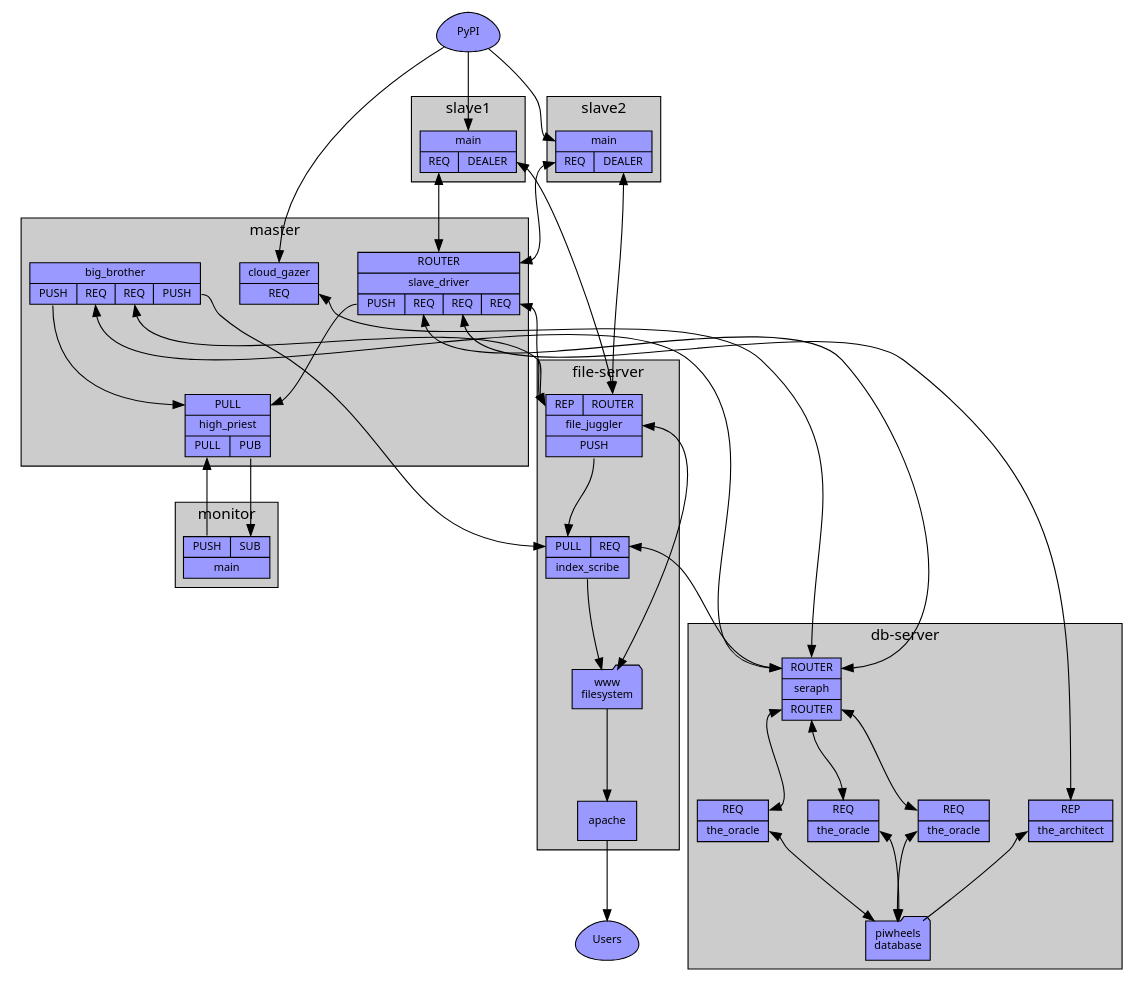
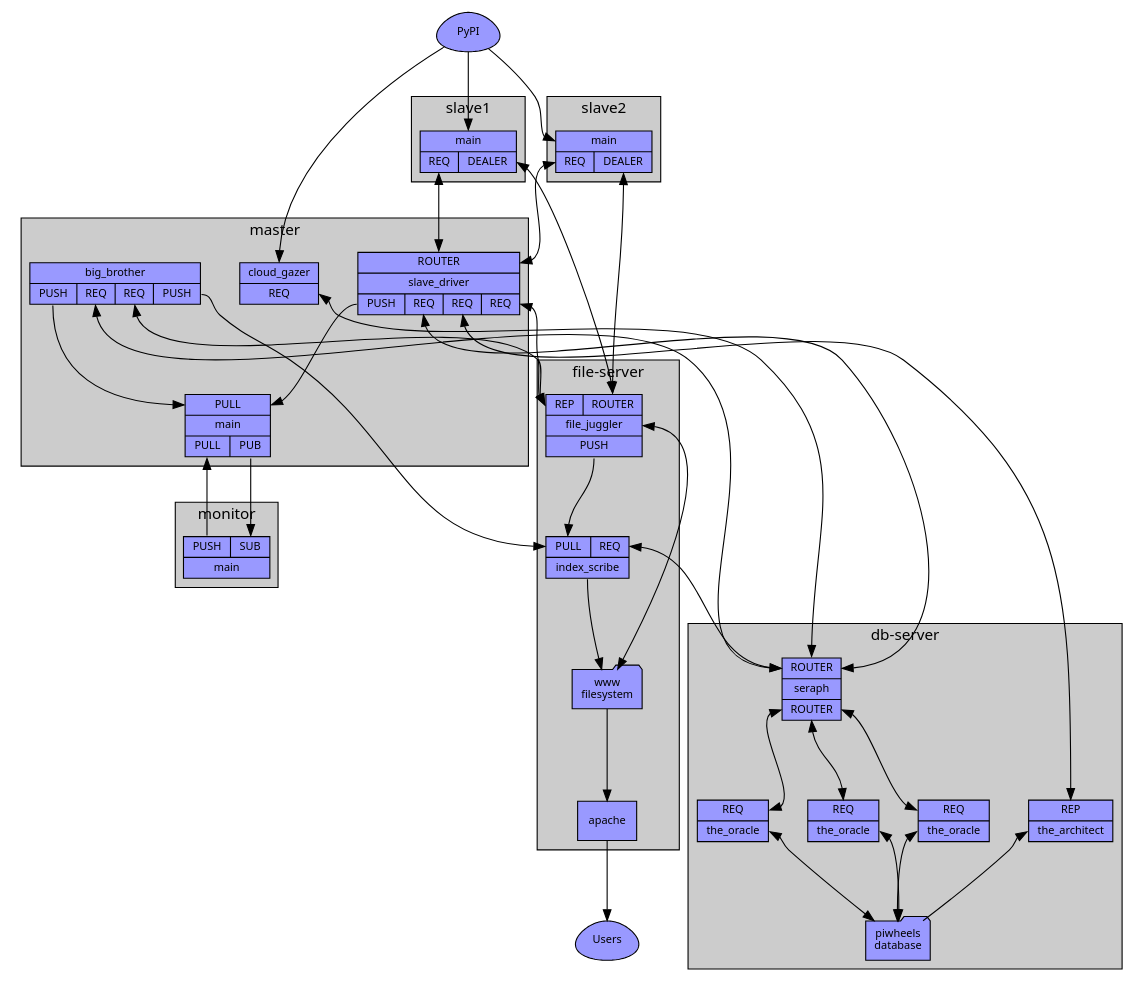
The diagram in docs/master_arch.dot (piwheels/piwheels), drawn with Graphviz before and after one commit. The commit also changed 10 other files, not shown here.

```diff
--- a/docs/master_arch.dot
+++ b/docs/master_arch.dot
@@ -1,88 +1,88 @@
 digraph piwheels {
     graph [nodesep=0.5, ranksep=1, style=filled, fontname=Sans, fontsize=14, fillcolor="#cccccc"];
     node [shape=record, fontname=Sans, fontsize=10, style=filled, fillcolor="#9999ff", penwidth=1];
     edge [fontname=Sans, fontsize=8];
 
     pypi [label="PyPI", shape=egg];
     users [label="Users", shape=egg];
 
     subgraph cluster_db_server {
         graph [label="db-server"];
 
         the_oracle1 [label="{<seraph>REQ|<t>the_oracle}"];
         the_oracle2 [label="{<seraph>REQ|<t>the_oracle}"];
         the_oracle3 [label="{<seraph>REQ|<t>the_oracle}"];
         the_architect [label="{<builds>REP|<t>the_architect}"];
         seraph [label="{<db>ROUTER|<t>seraph|<oracle>ROUTER}"];
         db [label="piwheels\ndatabase", shape=folder];
 
         seraph:oracle->the_oracle1:seraph [dir=both];
         seraph:oracle->the_oracle2:seraph [dir=both];
         seraph:oracle->the_oracle3:seraph [dir=both];
         the_oracle1:t->db [dir=both];
         the_oracle2:t->db [dir=both];
         the_oracle3:t->db [dir=both];
         the_architect:t->db [dir=back];
     }
 
     subgraph cluster_file_server {
         graph [label="file-server"];
 
         file_juggler [label="{{<fs>REP|<slaves>ROUTER}|<t>file_juggler|{<indexes>PUSH}}"];
         index_scribe [label="{{<indexes>PULL|<db>REQ}|<t>index_scribe}"];
         fs [label="www\nfilesystem", shape=folder];
         apache;
 
         index_scribe:t->fs;
         file_juggler:t->fs [dir=both];
         fs->apache;
     }
 
     subgraph cluster_master {
         graph [label="master"];
 
         cloud_gazer [label="{<t>cloud_gazer|<db>REQ}"];
-        high_priest [label="{{<int_status>PULL}|high_priest|{<control>PULL|<ext_status>PUB}}"];
+        main [label="{{<int_status>PULL}|main|{<control>PULL|<ext_status>PUB}}"];
         big_brother [label="{<t>big_brother|{<int_status>PUSH|<db>REQ|<fs>REQ|<indexes>PUSH}}"];
         slave_driver [label="{{<slaves>ROUTER}|<t>slave_driver|{<int_status>PUSH|<db>REQ|<builds>REQ|<fs>REQ}}"];
 
-        big_brother:int_status->high_priest:int_status;
-        slave_driver:int_status->high_priest:int_status;
+        big_brother:int_status->main:int_status;
+        slave_driver:int_status->main:int_status;
     }
 
     subgraph cluster_monitor {
         graph [label="monitor"];
         monitor [label="{{<control>PUSH|<status>SUB}|<t>main}"];
     }
 
     subgraph cluster_slave1 {
         graph [label="slave1"];
         slave1 [label="{<t>main|{<builds>REQ|<files>DEALER}}"];
     }
 
     subgraph cluster_slave2 {
         graph [label="slave2"];
         slave2 [label="{<t>main|{<builds>REQ|<files>DEALER}}"];
     }
 
     pypi->cloud_gazer:t;
     pypi->slave1:t;
     pypi->slave2:t;
     slave1:builds->slave_driver:slaves [dir=both];
     slave2:builds->slave_driver:slaves [dir=both];
     slave1:files->file_juggler:slaves [dir=both];
     slave2:files->file_juggler:slaves [dir=both];
-    high_priest:ext_status->monitor:status;
-    monitor:control->high_priest:control;
+    main:ext_status->monitor:status;
+    monitor:control->main:control;
 
     cloud_gazer:db->seraph:db [dir=both];
     file_juggler:indexes->index_scribe:indexes;
     big_brother:indexes->index_scribe:indexes;
     index_scribe:db->seraph:db [dir=both];
     big_brother:db->seraph:db [dir=both];
     big_brother:fs->file_juggler:fs [dir=both];
     slave_driver:fs->file_juggler:fs [dir=both];
     slave_driver:db->seraph:db [dir=both];
     slave_driver:builds->the_architect:builds [dir=both];
     apache->users;
 }
```
